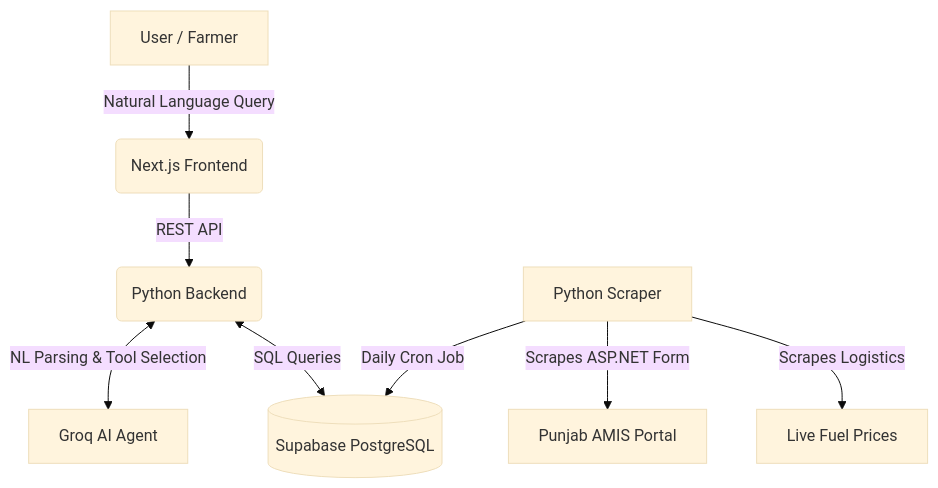
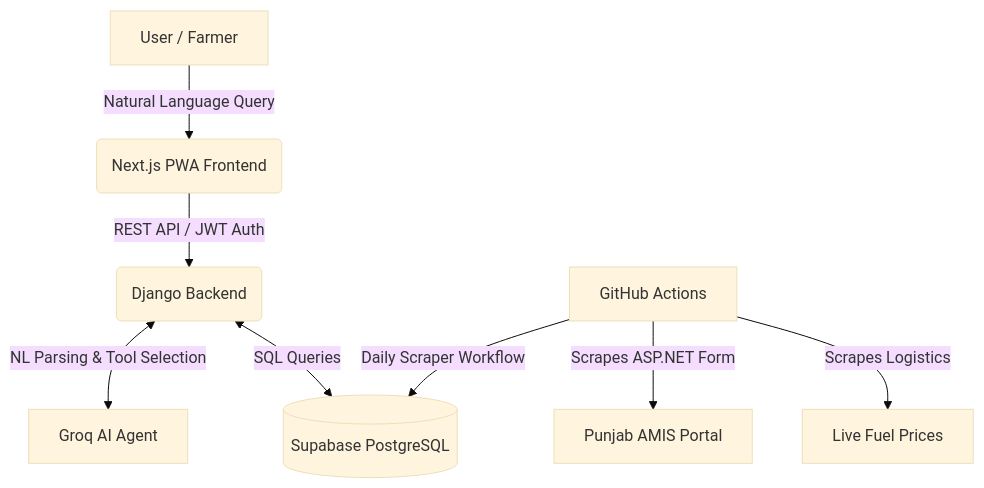
The diagram in README.md (Arslan-Codes097/aims-mandi-market-intelligence), drawn with Mermaid (base theme) before and after one commit. The commit also changed other lines of this file, not shown here.

Commit message:
docs: update architecture, badges, and tech stack in README.md

````diff
--- a/README.md
+++ b/README.md
@@ -66,10 +66,10 @@
 ```mermaid
 graph TD
-    A[User / Farmer] -->|Natural Language Query| B(Next.js Frontend)
-    B -->|REST API| C(Python Backend)
+    A[User / Farmer] -->|Natural Language Query| B(Next.js PWA Frontend)
+    B -->|REST API / JWT Auth| C(Django Backend)
     C <-->|NL Parsing & Tool Selection| D[Groq AI Agent]
     C <-->|SQL Queries| E[(Supabase PostgreSQL)]
-    F[Python Scraper] -->|Daily Cron Job| E
+    F[GitHub Actions] -->|Daily Scraper Workflow| E
     F -->|Scrapes ASP.NET Form| G[Punjab AMIS Portal]
     F -->|Scrapes Logistics| H[Live Fuel Prices]
 ```
````
